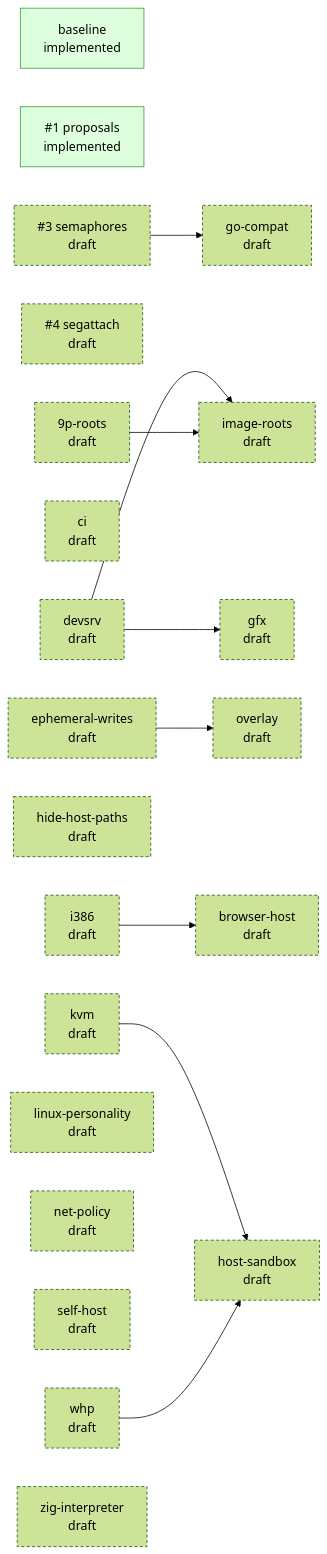
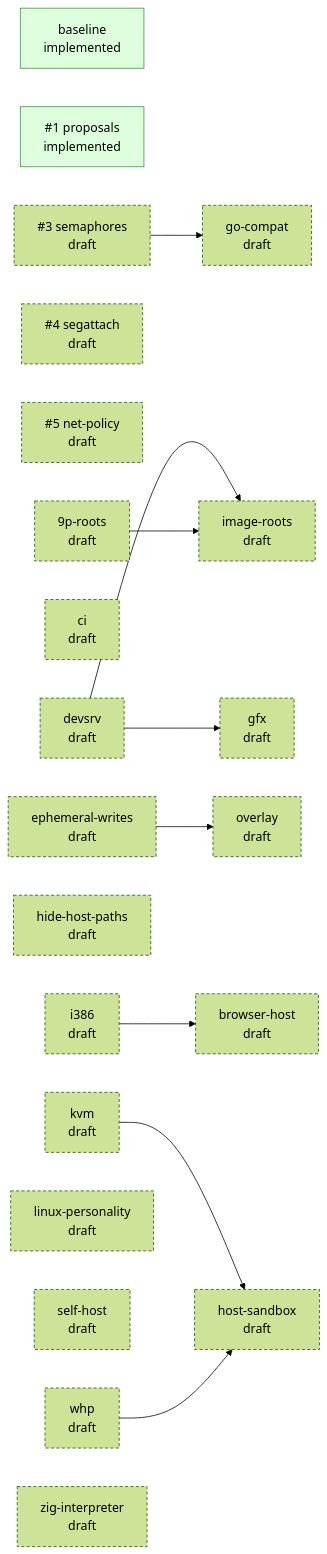
Before and after one commit to jpf/hyper9: the diagram in README.md, drawn with Mermaid (forest theme). The commit also changed other lines of this file and 5 other files, not shown here.

Commit message:
design: file net-policy as #5

````diff
--- a/README.md
+++ b/README.md
@@ -39,37 +39,37 @@
 ```mermaid
 flowchart LR
   classDef draft stroke-dasharray: 4 3
   classDef accepted stroke-width: 2px
   classDef implemented fill:#dfd,stroke:#393
   classDef closed fill:#eee,stroke:#999,color:#777
   p_baseline["baseline<br/>implemented"]:::implemented
   p_proposals["#35;1 proposals<br/>implemented"]:::implemented
   p_semaphores["#35;3 semaphores<br/>draft"]:::draft
   p_segattach["#35;4 segattach<br/>draft"]:::draft
+  p_net_policy["#35;5 net-policy<br/>draft"]:::draft
   p_9p_roots["9p-roots<br/>draft"]:::draft
   p_browser_host["browser-host<br/>draft"]:::draft
   p_ci["ci<br/>draft"]:::draft
   p_devsrv["devsrv<br/>draft"]:::draft
   p_ephemeral_writes["ephemeral-writes<br/>draft"]:::draft
   p_gfx["gfx<br/>draft"]:::draft
   p_go_compat["go-compat<br/>draft"]:::draft
   p_hide_host_paths["hide-host-paths<br/>draft"]:::draft
   p_host_sandbox["host-sandbox<br/>draft"]:::draft
   p_i386["i386<br/>draft"]:::draft
   p_image_roots["image-roots<br/>draft"]:::draft
   p_kvm["kvm<br/>draft"]:::draft
   p_linux_personality["linux-personality<br/>draft"]:::draft
-  p_net_policy["net-policy<br/>draft"]:::draft
   p_overlay["overlay<br/>draft"]:::draft
   p_self_host["self-host<br/>draft"]:::draft
   p_whp["whp<br/>draft"]:::draft
   p_zig_interpreter["zig-interpreter<br/>draft"]:::draft
   p_i386 --> p_browser_host
   p_devsrv --> p_gfx
   p_semaphores --> p_go_compat
   p_kvm --> p_host_sandbox
   p_whp --> p_host_sandbox
   p_devsrv --> p_image_roots
   p_9p_roots --> p_image_roots
   p_ephemeral_writes --> p_overlay
 ```
````
